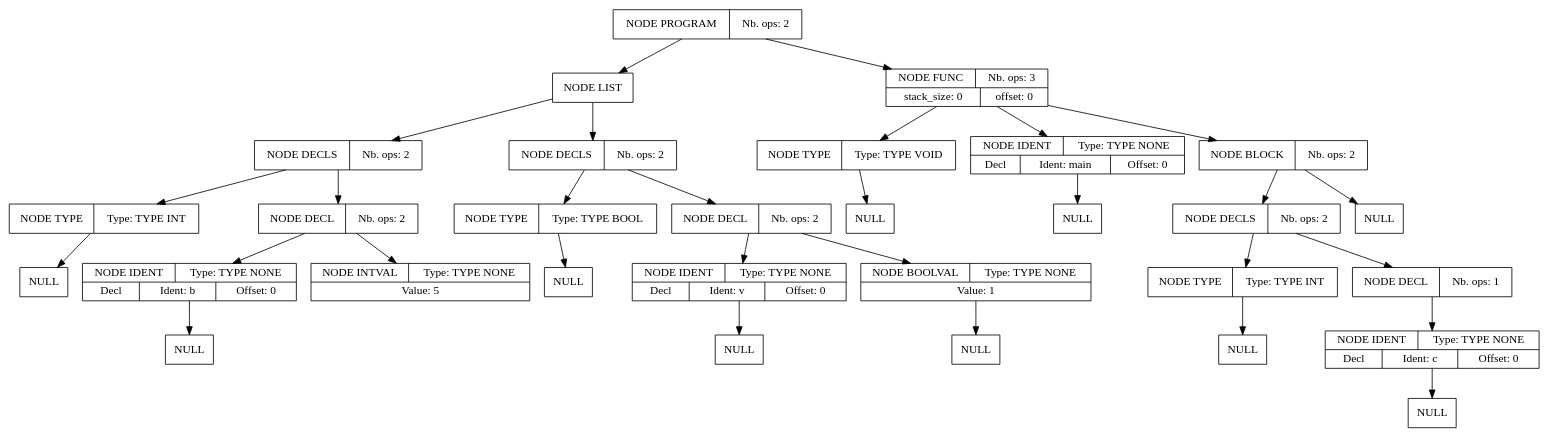
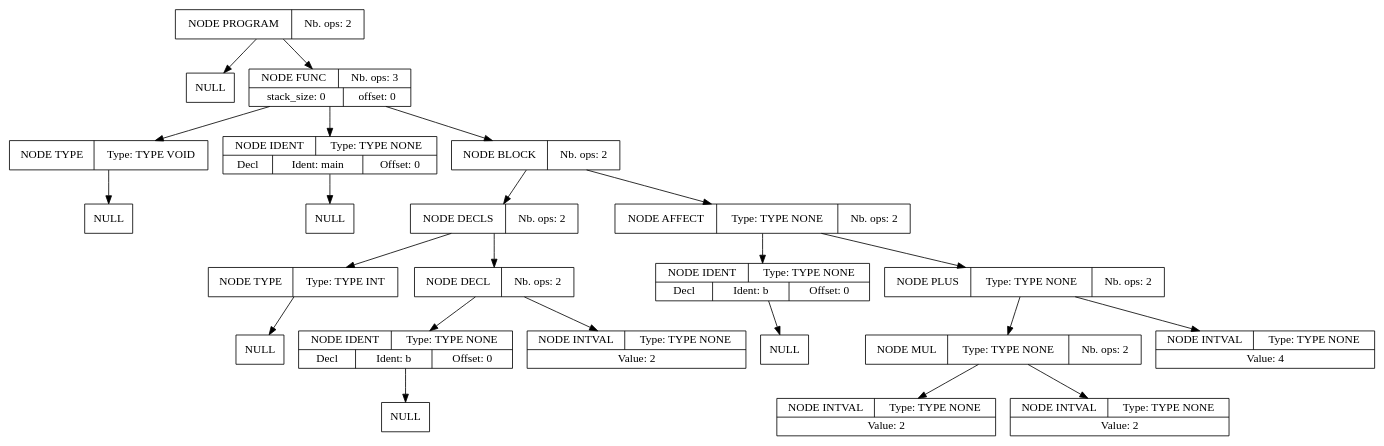
Before and after one commit to Harian-Elyoth/CompilateurMiniC: the diagram in src/arbre_du_program.dot, drawn with Graphviz. The commit also changed 26 other files, not shown here.

```diff
--- a/src/arbre_du_program.dot
+++ b/src/arbre_du_program.dot
@@ -1,90 +1,69 @@
 digraph global_vars {
     N1 [shape=record, label="{{NODE PROGRAM|Nb. ops: 2}}"];
-    N2 [shape=record, label="{{NODE LIST}}"];
-    N3 [shape=record, label="{{NODE DECLS|Nb. ops: 2}}"];
-    N4 [shape=record, label="{{NODE TYPE|Type: TYPE INT}}"];
+    N2 [shape=record, label="{{NULL}}"];
+    edge[tailclip=true];
+    N1 -> N2
+    N3 [shape=record, label="{{NODE FUNC|Nb. ops: 3}|{stack_size: 0|offset: 0}}"];
+    N4 [shape=record, label="{{NODE TYPE|Type: TYPE VOID}}"];
     N5 [shape=record, label="{{NULL}}"];
     edge[tailclip=true];
     N4 -> N5
     edge[tailclip=true];
     N3 -> N4
-    N6 [shape=record, label="{{NODE DECL|Nb. ops: 2}}"];
-    N7 [shape=record, label="{{NODE IDENT|Type: TYPE NONE}|{<decl>Decl      |Ident: b|Offset: 0}}"];
-    N8 [shape=record, label="{{NULL}}"];
-    edge[tailclip=true];
-    N7 -> N8
+    N6 [shape=record, label="{{NODE IDENT|Type: TYPE NONE}|{<decl>Decl      |Ident: main|Offset: 0}}"];
+    N7 [shape=record, label="{{NULL}}"];
     edge[tailclip=true];
     N6 -> N7
-    N9 [shape=record, label="{{NODE INTVAL|Type: TYPE NONE}|{Value: 5}}"];
-    edge[tailclip=true];
-    N6 -> N9
     edge[tailclip=true];
     N3 -> N6
-    edge[tailclip=true];
-    N2 -> N3
-    N10 [shape=record, label="{{NODE DECLS|Nb. ops: 2}}"];
-    N11 [shape=record, label="{{NODE TYPE|Type: TYPE BOOL}}"];
-    N12 [shape=record, label="{{NULL}}"];
-    edge[tailclip=true];
-    N11 -> N12
+    N8 [shape=record, label="{{NODE BLOCK|Nb. ops: 2}}"];
+    N9 [shape=record, label="{{NODE DECLS|Nb. ops: 2}}"];
+    N10 [shape=record, label="{{NODE TYPE|Type: TYPE INT}}"];
+    N11 [shape=record, label="{{NULL}}"];
     edge[tailclip=true];
     N10 -> N11
-    N13 [shape=record, label="{{NODE DECL|Nb. ops: 2}}"];
-    N14 [shape=record, label="{{NODE IDENT|Type: TYPE NONE}|{<decl>Decl      |Ident: v|Offset: 0}}"];
-    N15 [shape=record, label="{{NULL}}"];
     edge[tailclip=true];
-    N14 -> N15
+    N9 -> N10
+    N12 [shape=record, label="{{NODE DECL|Nb. ops: 2}}"];
+    N13 [shape=record, label="{{NODE IDENT|Type: TYPE NONE}|{<decl>Decl      |Ident: b|Offset: 0}}"];
+    N14 [shape=record, label="{{NULL}}"];
     edge[tailclip=true];
     N13 -> N14
-    N16 [shape=record, label="{{NODE BOOLVAL|Type: TYPE NONE}|{Value: 1}}"];
-    N17 [shape=record, label="{{NULL}}"];
+    edge[tailclip=true];
+    N12 -> N13
+    N15 [shape=record, label="{{NODE INTVAL|Type: TYPE NONE}|{Value: 2}}"];
+    edge[tailclip=true];
+    N12 -> N15
+    edge[tailclip=true];
+    N9 -> N12
+    edge[tailclip=true];
+    N8 -> N9
+    N16 [shape=record, label="{{NODE AFFECT|Type: TYPE NONE|Nb. ops: 2}}"];
+    N17 [shape=record, label="{{NODE IDENT|Type: TYPE NONE}|{<decl>Decl      |Ident: b|Offset: 0}}"];
+    N18 [shape=record, label="{{NULL}}"];
+    edge[tailclip=true];
+    N17 -> N18
     edge[tailclip=true];
     N16 -> N17
+    N19 [shape=record, label="{{NODE PLUS|Type: TYPE NONE|Nb. ops: 2}}"];
+    N20 [shape=record, label="{{NODE MUL|Type: TYPE NONE|Nb. ops: 2}}"];
+    N21 [shape=record, label="{{NODE INTVAL|Type: TYPE NONE}|{Value: 2}}"];
     edge[tailclip=true];
-    N13 -> N16
+    N20 -> N21
+    N22 [shape=record, label="{{NODE INTVAL|Type: TYPE NONE}|{Value: 2}}"];
     edge[tailclip=true];
-    N10 -> N13
-    edge[tailclip=true];
-    N2 -> N10
-    edge[tailclip=true];
-    N1 -> N2
-    N18 [shape=record, label="{{NODE FUNC|Nb. ops: 3}|{stack_size: 0|offset: 0}}"];
-    N19 [shape=record, label="{{NODE TYPE|Type: TYPE VOID}}"];
-    N20 [shape=record, label="{{NULL}}"];
+    N20 -> N22
     edge[tailclip=true];
     N19 -> N20
+    N23 [shape=record, label="{{NODE INTVAL|Type: TYPE NONE}|{Value: 4}}"];
     edge[tailclip=true];
-    N18 -> N19
-    N21 [shape=record, label="{{NODE IDENT|Type: TYPE NONE}|{<decl>Decl      |Ident: main|Offset: 0}}"];
-    N22 [shape=record, label="{{NULL}}"];
+    N19 -> N23
     edge[tailclip=true];
-    N21 -> N22
+    N16 -> N19
     edge[tailclip=true];
-    N18 -> N21
-    N23 [shape=record, label="{{NODE BLOCK|Nb. ops: 2}}"];
-    N24 [shape=record, label="{{NODE DECLS|Nb. ops: 2}}"];
-    N25 [shape=record, label="{{NODE TYPE|Type: TYPE INT}}"];
-    N26 [shape=record, label="{{NULL}}"];
+    N8 -> N16
     edge[tailclip=true];
-    N25 -> N26
+    N3 -> N8
     edge[tailclip=true];
-    N24 -> N25
-    N27 [shape=record, label="{{NODE DECL|Nb. ops: 1}}"];
-    N28 [shape=record, label="{{NODE IDENT|Type: TYPE NONE}|{<decl>Decl      |Ident: c|Offset: 0}}"];
-    N29 [shape=record, label="{{NULL}}"];
-    edge[tailclip=true];
-    N28 -> N29
-    edge[tailclip=true];
-    N27 -> N28
-    edge[tailclip=true];
-    N24 -> N27
-    edge[tailclip=true];
-    N23 -> N24
-    N30 [shape=record, label="{{NULL}}"];
-    edge[tailclip=true];
-    N23 -> N30
-    edge[tailclip=true];
-    N18 -> N23
-    edge[tailclip=true];
-    N1 -> N18
+    N1 -> N3
 }
```
